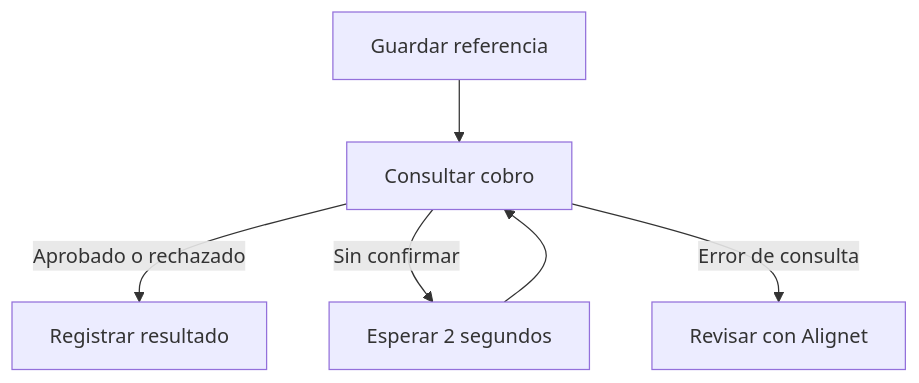
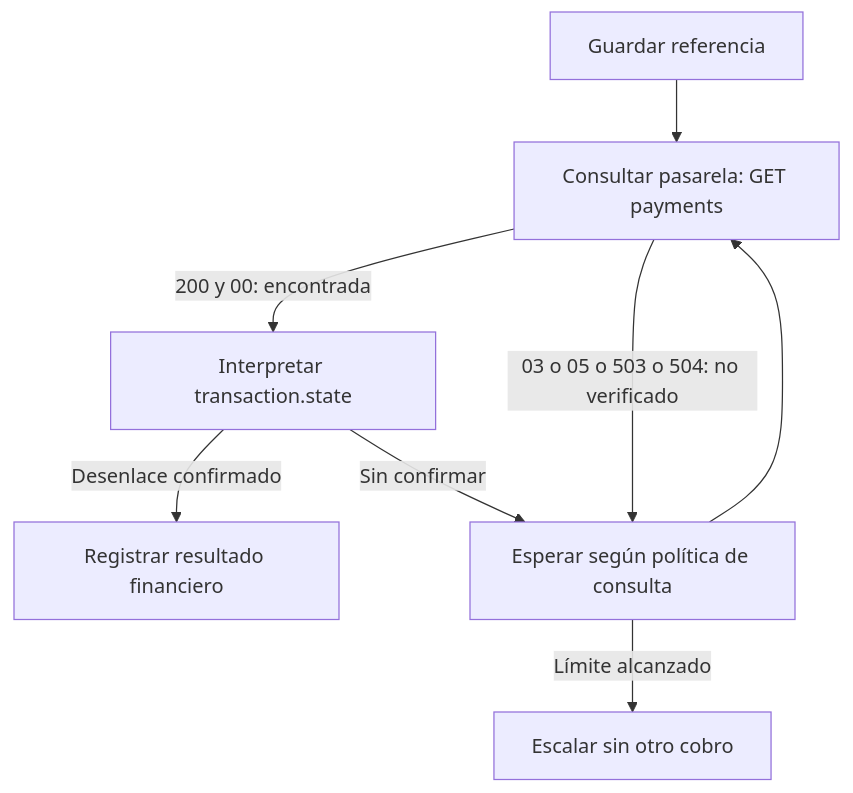
The diagram in procesamiento-fisico/alignet-transit/operacion-y-recuperacion.mdx (alignet-docs/alignet-developers), drawn with Mermaid before and after one commit. The commit also changed other lines of this file and 15 other files, not shown here.

````diff
--- a/procesamiento-fisico/alignet-transit/operacion-y-recuperacion.mdx
+++ b/procesamiento-fisico/alignet-transit/operacion-y-recuperacion.mdx
@@ -57,8 +59,10 @@
 ```mermaid
 flowchart TD
-    A[Guardar referencia] --> B[Consultar cobro]
-    B -->|Aprobado o rechazado| C[Registrar resultado]
-    B -->|Sin confirmar| D[Esperar 2 segundos]
+    A[Guardar referencia] --> B[Consultar pasarela: GET payments]
+    B -->|200 y 00: encontrada| C[Interpretar transaction.state]
+    C -->|Desenlace confirmado| F[Registrar resultado financiero]
+    C -->|Sin confirmar| D[Esperar según política de consulta]
+    B -->|03 o 05 o 503 o 504: no verificado| D
     D --> B
-    B -->|Error de consulta| E[Revisar con Alignet]
+    D -->|Límite alcanzado| E[Escalar sin otro cobro]
 ```
````
